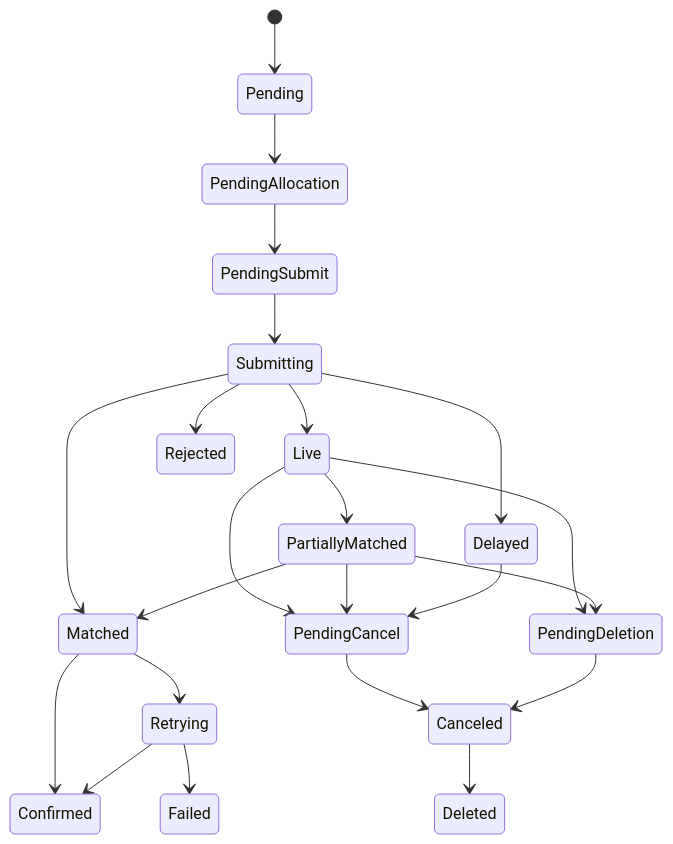
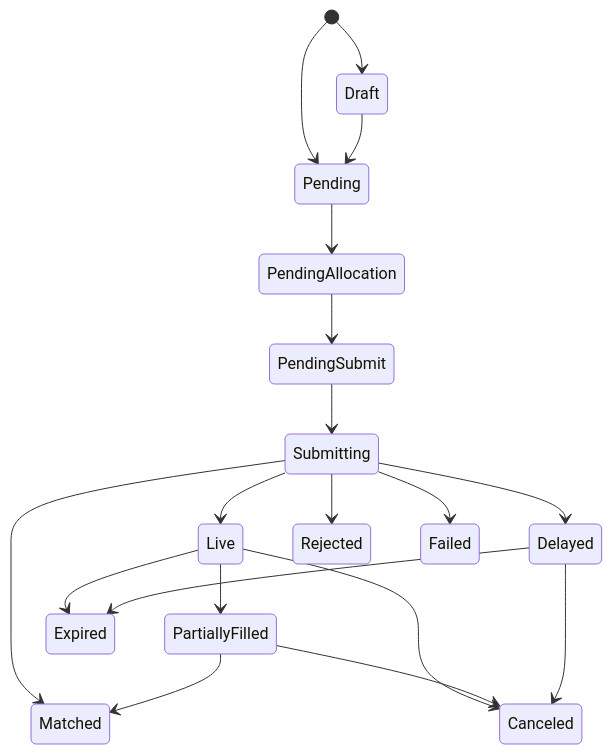
The diagram in docs/polymarket-orders-controller.md (Roysav/marketplane), drawn with Mermaid before and after one commit. The commit also changed other lines of this file, not shown here.

````diff
--- a/docs/polymarket-orders-controller.md
+++ b/docs/polymarket-orders-controller.md
@@ -382,25 +450,21 @@
 ```mermaid
 stateDiagram-v2
+    [*] --> Draft
     [*] --> Pending
+    Draft --> Pending
     Pending --> PendingAllocation
     PendingAllocation --> PendingSubmit
     PendingSubmit --> Submitting
     Submitting --> Live
     Submitting --> Delayed
     Submitting --> Matched
     Submitting --> Rejected
-    Live --> PartiallyMatched
-    PartiallyMatched --> Matched
-    Matched --> Confirmed
-    Matched --> Retrying
-    Retrying --> Confirmed
-    Retrying --> Failed
-    Live --> PendingCancel
-    PartiallyMatched --> PendingCancel
-    Delayed --> PendingCancel
-    PendingCancel --> Canceled
-    Live --> PendingDeletion
-    PartiallyMatched --> PendingDeletion
-    PendingDeletion --> Canceled
-    Canceled --> Deleted
+    Submitting --> Failed
+    Live --> PartiallyFilled
+    PartiallyFilled --> Matched
+    Live --> Canceled
+    PartiallyFilled --> Canceled
+    Delayed --> Canceled
+    Live --> Expired
+    Delayed --> Expired
 ```
````
